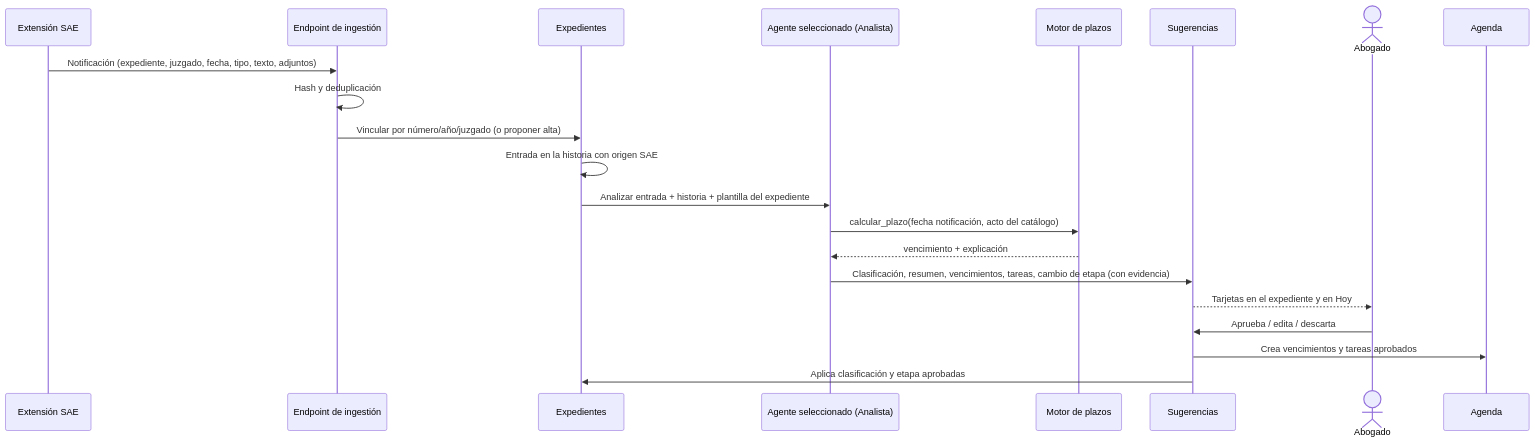
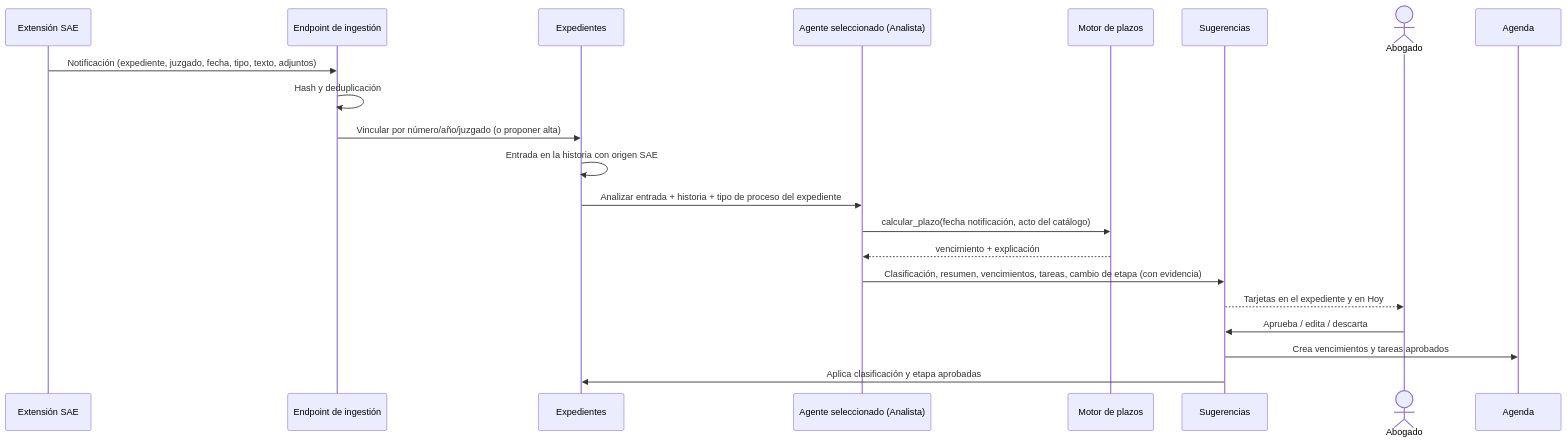
Before and after one commit to hernanhael/agh: the second of 4 diagrams in docs/05-integracion-expedientes-ia.md, drawn with Mermaid. The commit also changed other lines of this file and 53 other files, not shown here.

````diff
--- a/docs/05-integracion-expedientes-ia.md
+++ b/docs/05-integracion-expedientes-ia.md
@@ -35,24 +35,24 @@
 ```mermaid
 sequenceDiagram
     participant EXT as Extensión SAE
     participant ING as Endpoint de ingestión
     participant EXP as Expedientes
     participant AN as Agente seleccionado (Analista)
     participant PL as Motor de plazos
     participant SUG as Sugerencias
     actor Abogado
     participant AG as Agenda
 
     EXT->>ING: Notificación (expediente, juzgado, fecha, tipo, texto, adjuntos)
     ING->>ING: Hash y deduplicación
     ING->>EXP: Vincular por número/año/juzgado (o proponer alta)
     EXP->>EXP: Entrada en la historia con origen SAE
-    EXP->>AN: Analizar entrada + historia + plantilla del expediente
+    EXP->>AN: Analizar entrada + historia + tipo de proceso del expediente
     AN->>PL: calcular_plazo(fecha notificación, acto del catálogo)
     PL-->>AN: vencimiento + explicación
     AN->>SUG: Clasificación, resumen, vencimientos, tareas, cambio de etapa (con evidencia)
     SUG-->>Abogado: Tarjetas en el expediente y en Hoy
     Abogado->>SUG: Aprueba / edita / descarta
     SUG->>AG: Crea vencimientos y tareas aprobados
     SUG->>EXP: Aplica clasificación y etapa aprobadas
 ```
````
